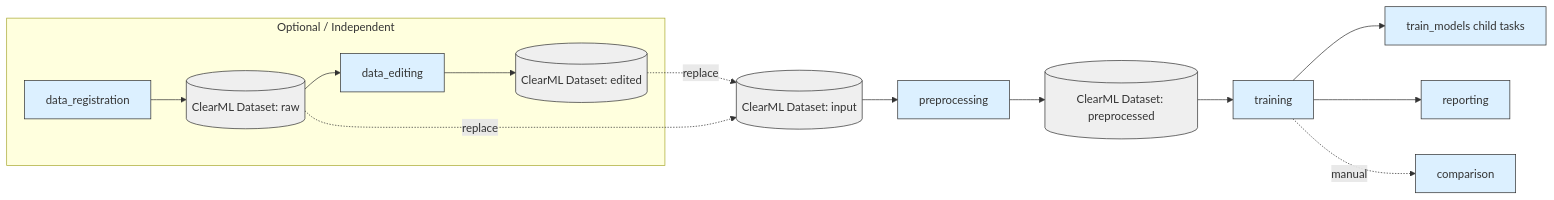
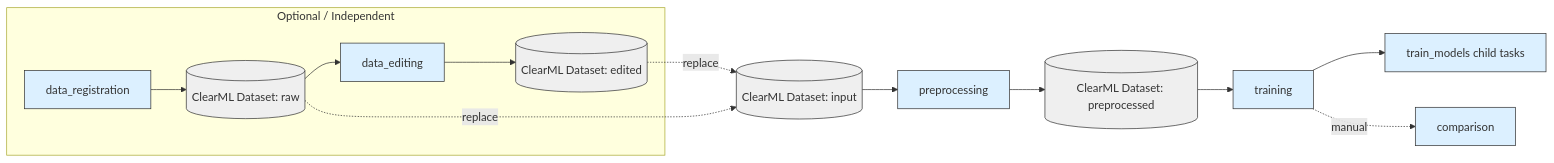
The first of 7 diagrams in README_dev.md (dkawa2523/automllibclearML2), drawn with Mermaid before and after one commit. The commit also changed other lines of this file and 17 other files, not shown here.

````diff
--- a/README_dev.md
+++ b/README_dev.md
@@ -378,23 +369,22 @@
 ```mermaid
 flowchart LR
   subgraph Optional[Optional / Independent]
     R[data_registration] --> DS_RAW[(ClearML Dataset: raw)]
     DS_RAW --> E[data_editing]
     E --> DS_EDIT[(ClearML Dataset: edited)]
   end
 
   DS_IN[(ClearML Dataset: input)] --> P[preprocessing]
   P --> DS_PRE[(ClearML Dataset: preprocessed)]
   DS_PRE --> T[training]
   T --> TM[train_models child tasks]
-  T --> RPT[reporting]
   T -. manual .-> C[comparison]
 
   DS_EDIT -. replace .-> DS_IN
   DS_RAW -. replace .-> DS_IN
 
   classDef ds fill:#EFEFEF,stroke:#333,stroke-width:1px;
   classDef task fill:#DCF0FF,stroke:#333,stroke-width:1px;
   class DS_RAW,DS_EDIT,DS_IN,DS_PRE ds;
-  class R,E,P,T,TM,RPT,C task;
+  class R,E,P,T,TM,C task;
 ```
````
